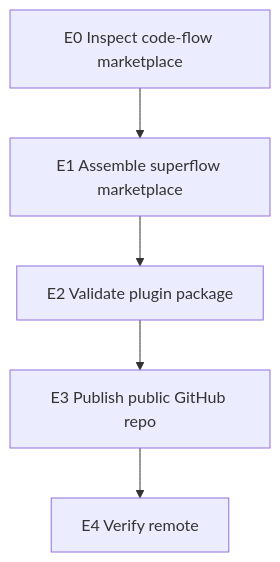
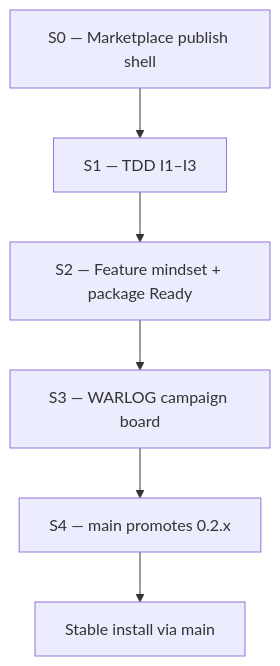
One commit to nmarcofernandess/superflow changed the diagram in WARLOG.md. Above: the diagram before and after it, drawn with Mermaid. The commit also changed other lines of this file and 20 other files, not shown here.

First line of the commit message:
feat(warlog): campaign board from Minimal DNA (0.2.1)

````diff
--- a/WARLOG.md
+++ b/WARLOG.md
@@ -25,7 +16,8 @@
 ```mermaid
 flowchart TD
-  E0["E0 Inspect code-flow marketplace"] --> E1["E1 Assemble superflow marketplace"]
-  E1 --> E2["E2 Validate plugin package"]
-  E2 --> E3["E3 Publish public GitHub repo"]
-  E3 --> E4["E4 Verify remote"]
+  S0["S0 — Marketplace publish shell"] --> S1["S1 — TDD I1–I3"]
+  S1 --> S2["S2 — Feature mindset + package Ready"]
+  S2 --> S3["S3 — WARLOG campaign board"]
+  S3 --> S4["S4 — main promotes 0.2.x"]
+  S4 --> Done["Stable install via main"]
 ```
````
